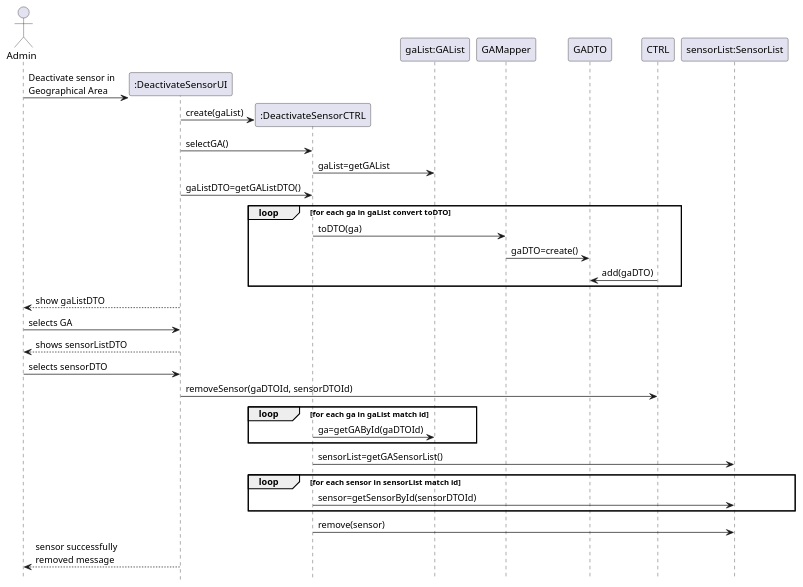
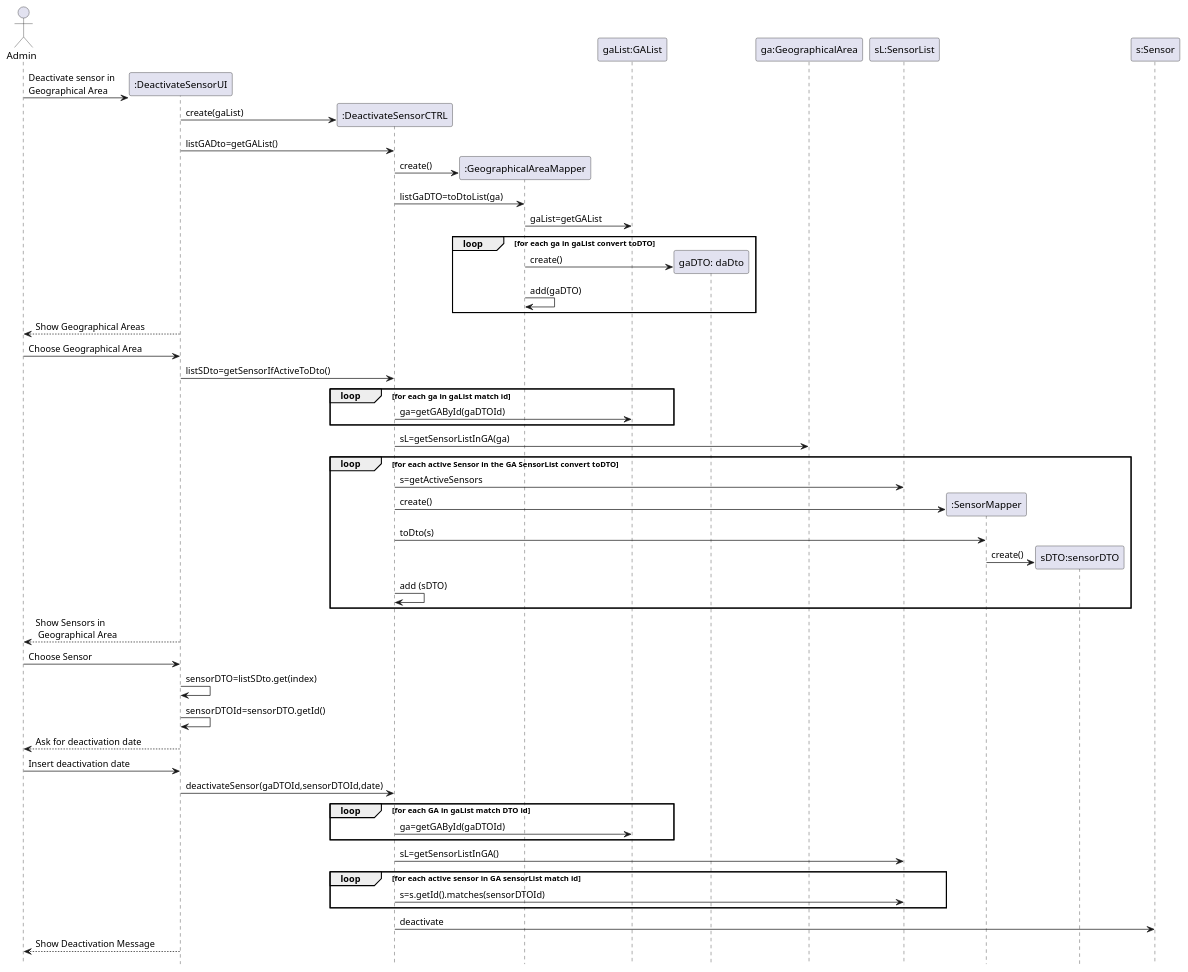
Before and after one commit to emanuel-pereira/hou: the diagram in src/main/java/smarthome/controller/sequenceDiagrams/sd_DeactivateSensor.puml, drawn with PlantUML.

Commit message:
update DeactivateSensor sequence diagram. Ref #119

```diff
--- a/src/main/java/smarthome/controller/sequenceDiagrams/sd_DeactivateSensor.puml
+++ b/src/main/java/smarthome/controller/sequenceDiagrams/sd_DeactivateSensor.puml
@@ -1,35 +1,66 @@
 @startuml
 hidefootbox
 actor Admin
 
 create ":DeactivateSensorUI"
 Admin -> ":DeactivateSensorUI":  Deactivate sensor in \nGeographical Area
 create ":DeactivateSensorCTRL"
 ":DeactivateSensorUI" -> ":DeactivateSensorCTRL": create(gaList)
-":DeactivateSensorUI" -> ":DeactivateSensorCTRL": selectGA()
-":DeactivateSensorCTRL"->"gaList:GAList": gaList=getGAList
+
+":DeactivateSensorUI" -> ":DeactivateSensorCTRL": listGADto=getGAList()
+
+create ":GeographicalAreaMapper"
+":DeactivateSensorCTRL"->":GeographicalAreaMapper":create()
+":DeactivateSensorCTRL"->":GeographicalAreaMapper":listGaDTO=toDtoList(ga)
+":GeographicalAreaMapper" -> "gaList:GAList": gaList=getGAList
+
+loop for each ga in gaList convert toDTO
+create "gaDTO: daDto"
+":GeographicalAreaMapper"->"gaDTO: daDto":create()
+":GeographicalAreaMapper"->":GeographicalAreaMapper":add(gaDTO)
+end
+
+Admin <-- ":DeactivateSensorUI": Show Geographical Areas
+Admin -> ":DeactivateSensorUI": Choose Geographical Area
 
 
-":DeactivateSensorUI"->":DeactivateSensorCTRL": gaListDTO=getGAListDTO()
-loop for each ga in gaList convert toDTO
-":DeactivateSensorCTRL"->GAMapper:toDTO(ga)
-GAMapper->GADTO:gaDTO=create()
-CTRL->GADTO:add(gaDTO)
-end
-Admin<--":DeactivateSensorUI": show gaListDTO
-Admin -> ":DeactivateSensorUI": selects GA
-
-Admin<--":DeactivateSensorUI":shows sensorListDTO
-Admin->":DeactivateSensorUI": selects sensorDTO
-":DeactivateSensorUI"->CTRL: removeSensor(gaDTOId, sensorDTOId)
+":DeactivateSensorUI" -> ":DeactivateSensorCTRL": listSDto=getSensorIfActiveToDto()
 loop for each ga in gaList match id
 ":DeactivateSensorCTRL"->"gaList:GAList": ga=getGAById(gaDTOId)
 end
-":DeactivateSensorCTRL"->"sensorList:SensorList": sensorList=getGASensorList()
 
-loop for each sensor in sensorList match id
-":DeactivateSensorCTRL"->"sensorList:SensorList": sensor=getSensorById(sensorDTOId)
+":DeactivateSensorCTRL"->"ga:GeographicalArea":sL=getSensorListInGA(ga)
+
+loop for each active Sensor in the GA SensorList convert toDTO
+":DeactivateSensorCTRL" -> "sL:SensorList":s=getActiveSensors
+create ":SensorMapper"
+":DeactivateSensorCTRL"->":SensorMapper":create()
+":DeactivateSensorCTRL"->":SensorMapper":toDto(s)
+create "sDTO:sensorDTO"
+":SensorMapper"->"sDTO:sensorDTO":create()
+":DeactivateSensorCTRL" -> ":DeactivateSensorCTRL":add (sDTO)
 end
-":DeactivateSensorCTRL"->"sensorList:SensorList":remove(sensor)
-Admin<--":DeactivateSensorUI":sensor successfully \nremoved message
+
+Admin <-- ":DeactivateSensorUI": Show Sensors in\n Geographical Area
+Admin -> ":DeactivateSensorUI": Choose Sensor
+
+":DeactivateSensorUI" -> ":DeactivateSensorUI":sensorDTO=listSDto.get(index)
+":DeactivateSensorUI" -> ":DeactivateSensorUI":sensorDTOId=sensorDTO.getId()
+
+Admin <-- ":DeactivateSensorUI": Ask for deactivation date
+Admin -> ":DeactivateSensorUI": Insert deactivation date
+
+":DeactivateSensorUI" -> ":DeactivateSensorCTRL":deactivateSensor(gaDTOId,sensorDTOId,date)
+
+loop for each GA in gaList match DTO id
+":DeactivateSensorCTRL"->"gaList:GAList": ga=getGAById(gaDTOId)
+end
+":DeactivateSensorCTRL"->"sL:SensorList": sL=getSensorListInGA()
+loop for each active sensor in GA sensorList match id
+":DeactivateSensorCTRL"->"sL:SensorList": s=s.getId().matches(sensorDTOId)
+end
+":DeactivateSensorCTRL"->"s:Sensor":deactivate
+
+Admin <-- ":DeactivateSensorUI": Show Deactivation Message
+
 @enduml
```
